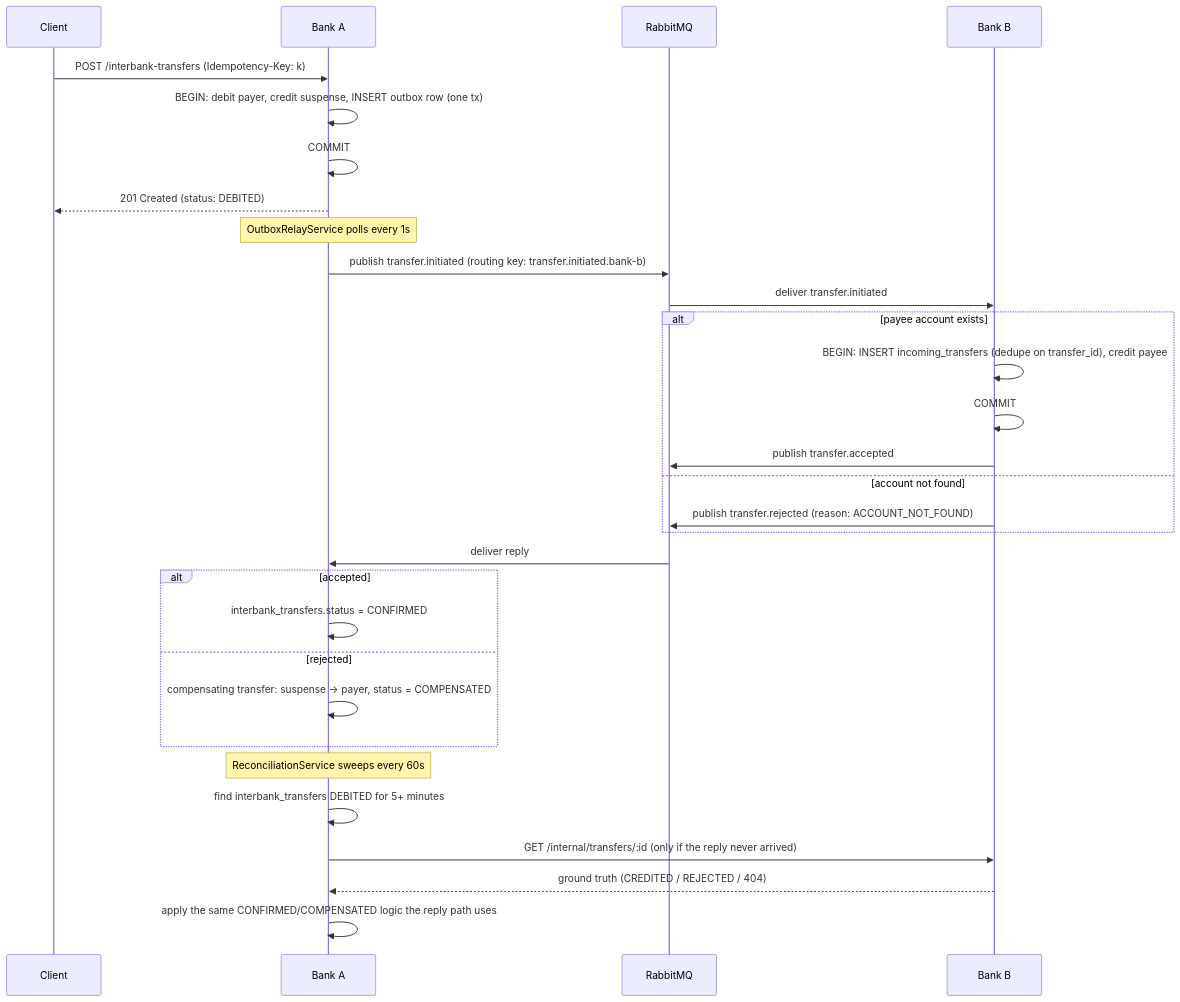
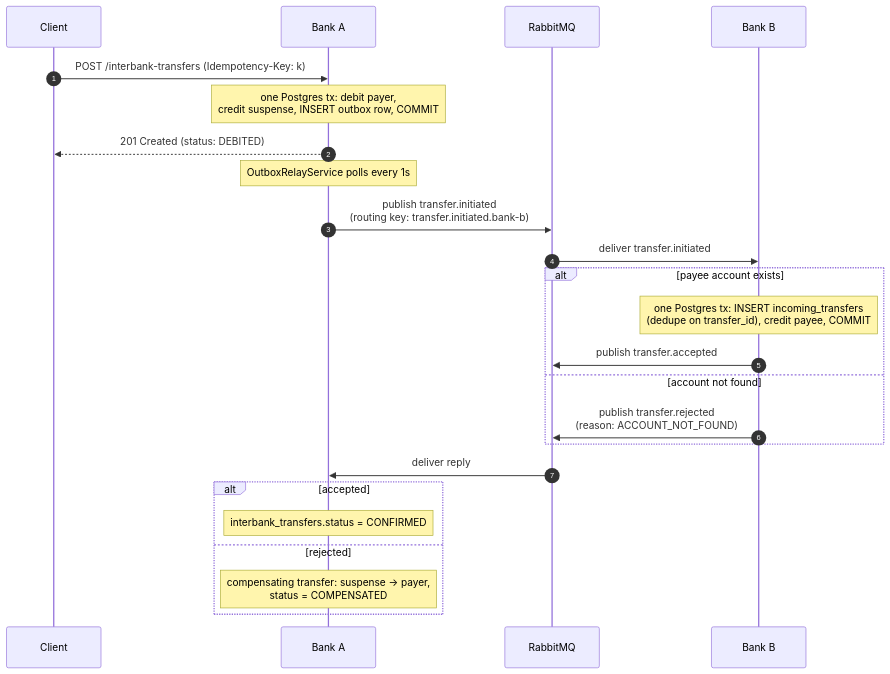
The first of 3 diagrams in README.md (willianmonteiro/distributed-payment-ledger), drawn with Mermaid before and after one commit. The commit also changed other lines of this file, not shown here.

Commit message:
docs: split the saga diagram into event-driven path + reconciliation fallback
One sequence diagram mixed three things together — the request, the
async settlement, and the reconciliation sweep — with no visual signal
that reconciliation is an independent fallback rather than "step 9" of
the same flow. A reader had no way to tell it only runs when the steps
above it silently failed.

Split into two diagrams with a sentence bridging them, replaced internal
BEGIN/COMMIT self-arrows with Notes (arrows are now only real messages
between participants), and added autonumber to the primary flow so its
steps read in the same numbered style as the equivalent flow in
architecture.excalidraw. Verified both new diagrams (plus the untouched
ER diagram) render with mermaid-cli before committing.

````diff
--- a/README.md
+++ b/README.md
@@ -53,33 +53,30 @@
 ```mermaid
 sequenceDiagram
+    autonumber
     participant C as Client
     participant A as Bank A
     participant MQ as RabbitMQ
     participant B as Bank B
 
     C->>A: POST /interbank-transfers (Idempotency-Key: k)
-    A->>A: BEGIN: debit payer, credit suspense, INSERT outbox row (one tx)
-    A->>A: COMMIT
+    Note over A: one Postgres tx: debit payer,<br/>credit suspense, INSERT outbox row, COMMIT
     A-->>C: 201 Created (status: DEBITED)
+
     Note over A: OutboxRelayService polls every 1s
-    A->>MQ: publish transfer.initiated (routing key: transfer.initiated.bank-b)
+    A->>MQ: publish transfer.initiated<br/>(routing key: transfer.initiated.bank-b)
     MQ->>B: deliver transfer.initiated
+
     alt payee account exists
-        B->>B: BEGIN: INSERT incoming_transfers (dedupe on transfer_id), credit payee
-        B->>B: COMMIT
+        Note over B: one Postgres tx: INSERT incoming_transfers<br/>(dedupe on transfer_id), credit payee, COMMIT
         B->>MQ: publish transfer.accepted
     else account not found
-        B->>MQ: publish transfer.rejected (reason: ACCOUNT_NOT_FOUND)
+        B->>MQ: publish transfer.rejected<br/>(reason: ACCOUNT_NOT_FOUND)
     end
+
     MQ->>A: deliver reply
     alt accepted
-        A->>A: interbank_transfers.status = CONFIRMED
+        Note over A: interbank_transfers.status = CONFIRMED
     else rejected
-        A->>A: compensating transfer: suspense -> payer, status = COMPENSATED
+        Note over A: compensating transfer: suspense -> payer,<br/>status = COMPENSATED
     end
-    Note over A: ReconciliationService sweeps every 60s
-    A->>A: find interbank_transfers DEBITED for 5+ minutes
-    A->>B: GET /internal/transfers/:id (only if the reply never arrived)
-    B-->>A: ground truth (CREDITED / REJECTED / 404)
-    A->>A: apply the same CONFIRMED/COMPENSATED logic the reply path uses
 ```
````
